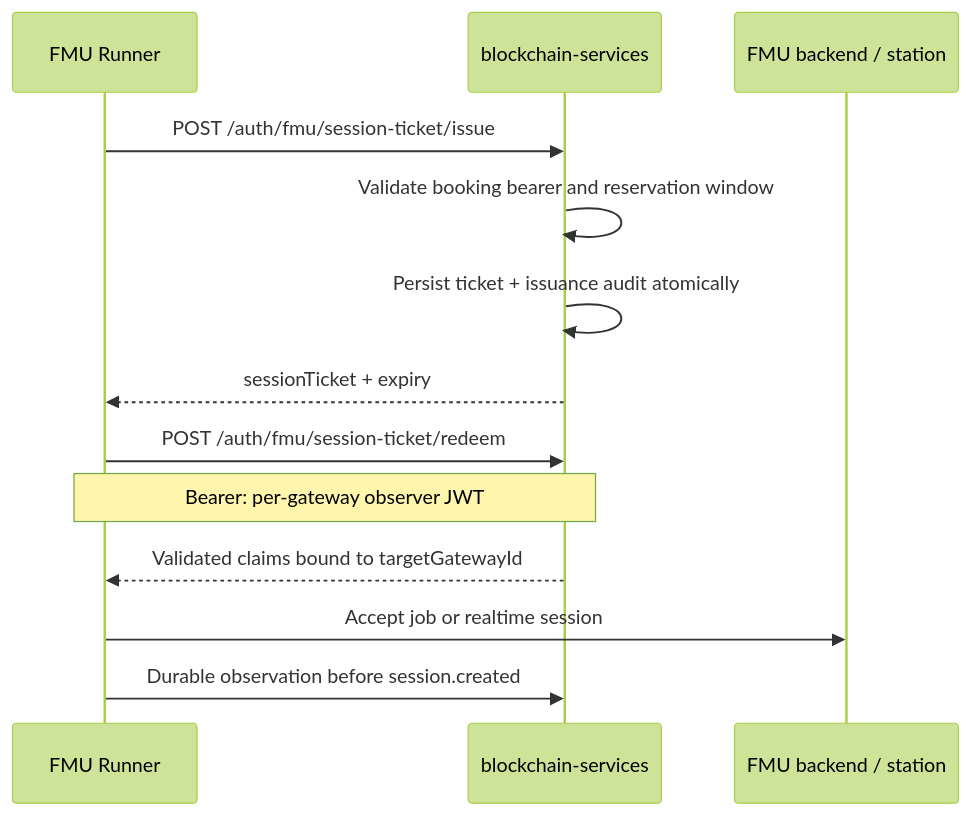
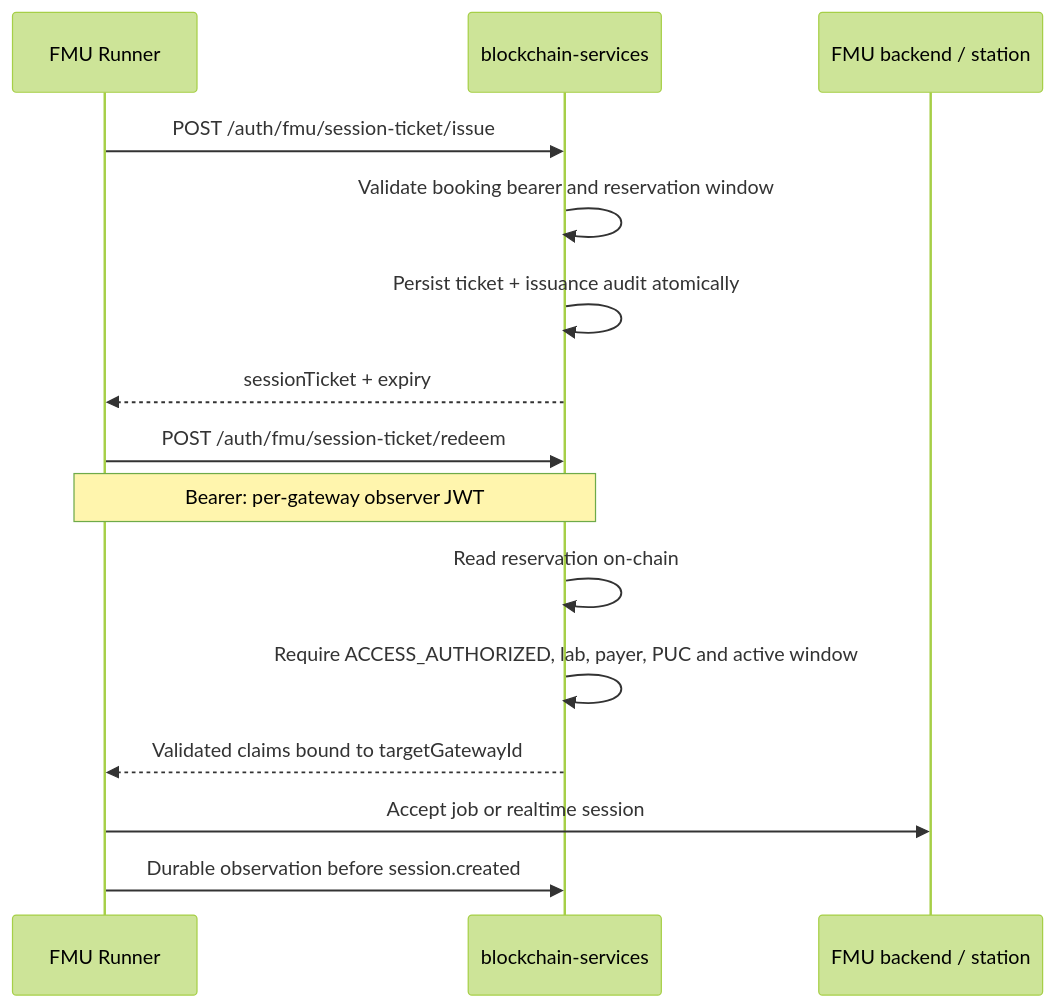
One commit to DecentraLabsCom/Blockchain-Services changed the fifth of 6 diagrams in docs/services/authentication/AUTH.md. Above: the diagram before and after it, drawn with Mermaid (forest theme). The commit also changed other lines of this file and 14 other files, not shown here.

````diff
--- a/docs/services/authentication/AUTH.md
+++ b/docs/services/authentication/AUTH.md
@@ -248,16 +250,18 @@
 ```mermaid
 sequenceDiagram
     participant R as FMU Runner
     participant B as blockchain-services
     participant F as FMU backend / station
 
     R->>B: POST /auth/fmu/session-ticket/issue
     B->>B: Validate booking bearer and reservation window
     B->>B: Persist ticket + issuance audit atomically
     B-->>R: sessionTicket + expiry
     R->>B: POST /auth/fmu/session-ticket/redeem
     Note over R,B: Bearer: per-gateway observer JWT
+    B->>B: Read reservation on-chain
+    B->>B: Require ACCESS_AUTHORIZED, lab, payer, PUC and active window
     B-->>R: Validated claims bound to targetGatewayId
     R->>F: Accept job or realtime session
     R->>B: Durable observation before session.created
 ```
````
